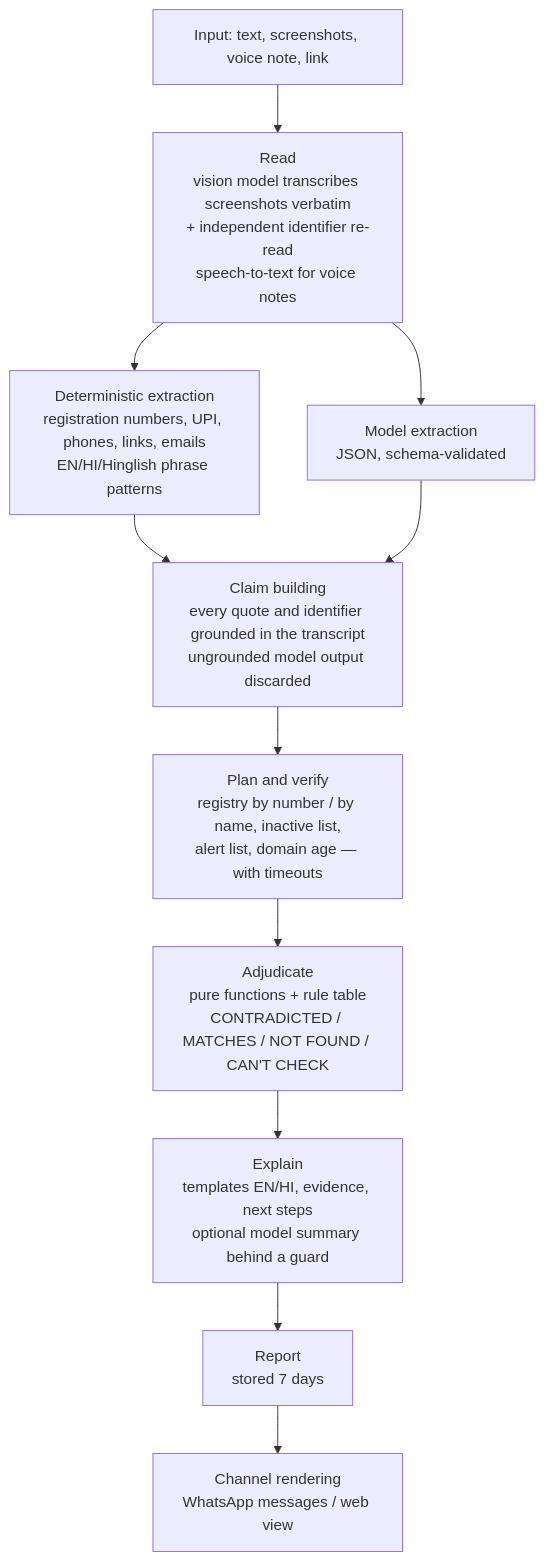
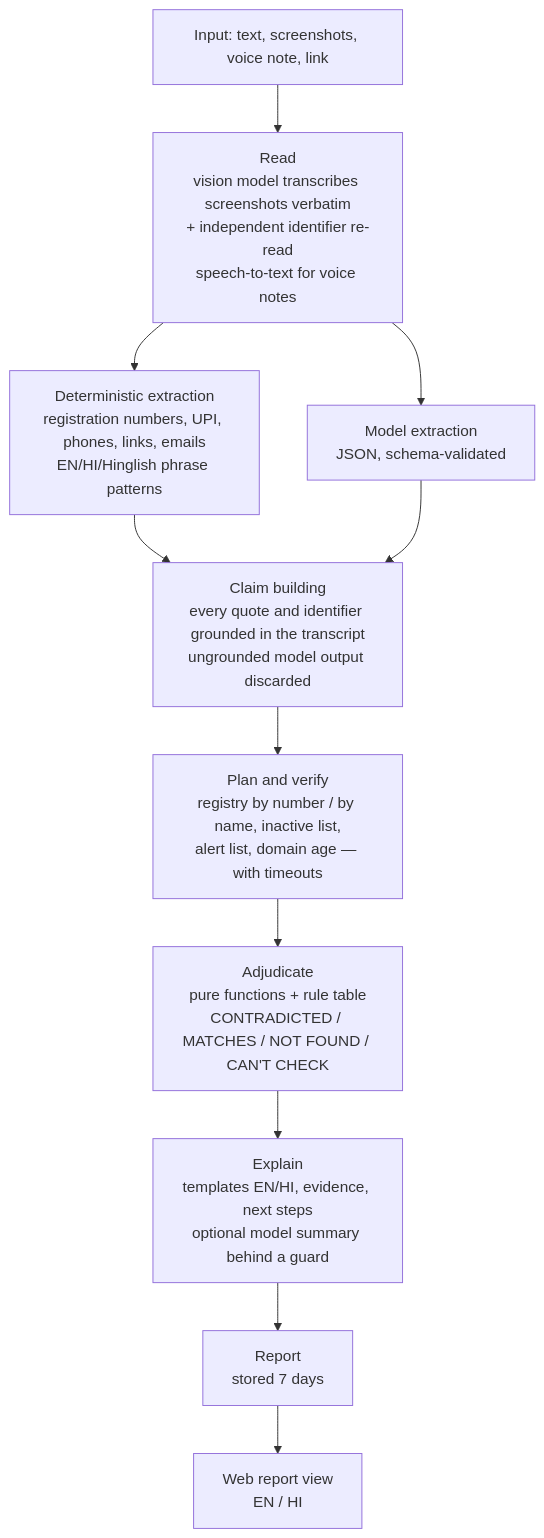
The second of 3 diagrams in docs/architecture.md (Anushika06/Jaanch), drawn with Mermaid before and after one commit. The commit also changed other lines of this file and 21 other files, not shown here.

````diff
--- a/docs/architecture.md
+++ b/docs/architecture.md
@@ -62,13 +57,13 @@
 ```mermaid
 flowchart TD
   IN[Input: text, screenshots, voice note, link] --> READ
   READ[Read<br/>vision model transcribes screenshots verbatim<br/>+ independent identifier re-read<br/>speech-to-text for voice notes] --> DET
   DET[Deterministic extraction<br/>registration numbers, UPI, phones, links, emails<br/>EN/HI/Hinglish phrase patterns] --> CLAIMS
   READ --> MODEL[Model extraction<br/>JSON, schema-validated]
   MODEL --> CLAIMS
   CLAIMS[Claim building<br/>every quote and identifier grounded in the transcript<br/>ungrounded model output discarded] --> PLAN
   PLAN[Plan and verify<br/>registry by number / by name, inactive list,<br/>alert list, domain age — with timeouts] --> ADJ
   ADJ[Adjudicate<br/>pure functions + rule table<br/>CONTRADICTED / MATCHES / NOT FOUND / CAN'T CHECK] --> EXPL
   EXPL[Explain<br/>templates EN/HI, evidence, next steps<br/>optional model summary behind a guard] --> OUT
-  OUT[Report<br/>stored 7 days] --> CH[Channel rendering<br/>WhatsApp messages / web view]
+  OUT[Report<br/>stored 7 days] --> CH[Web report view<br/>EN / HI]
 ```
````
